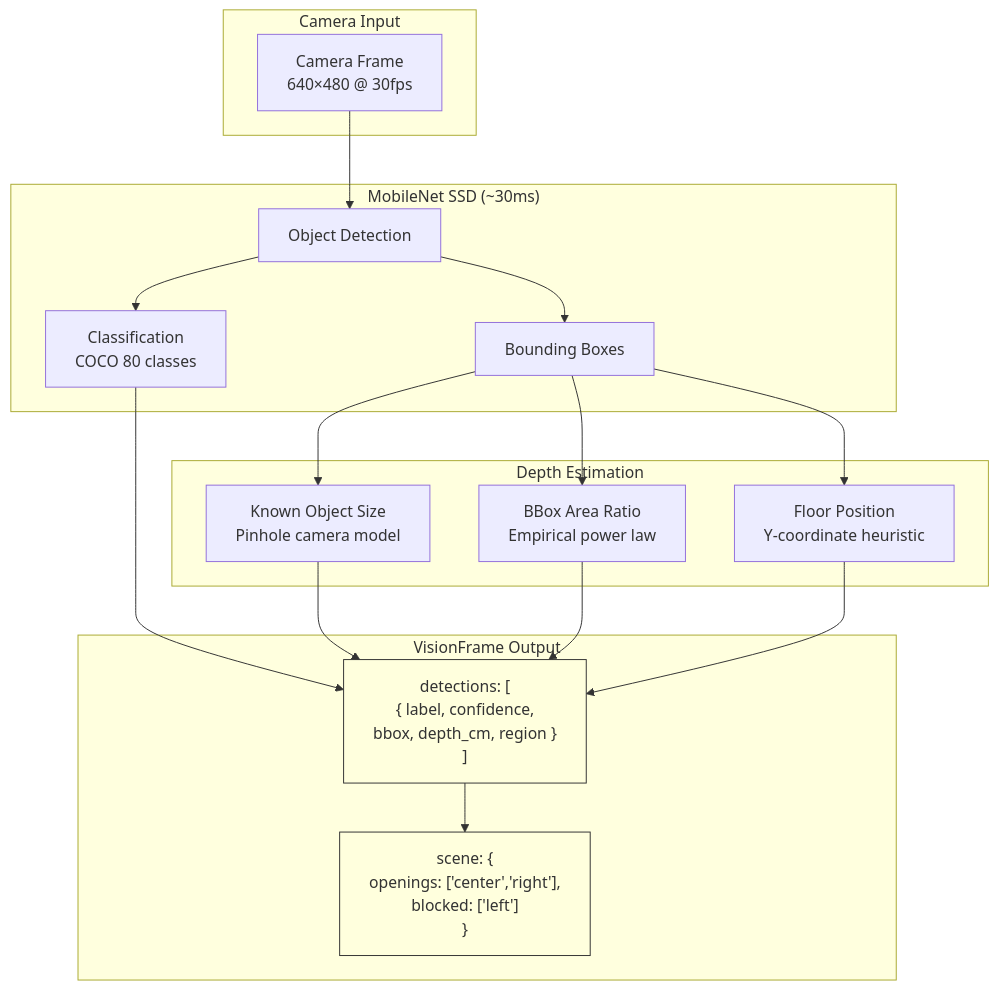
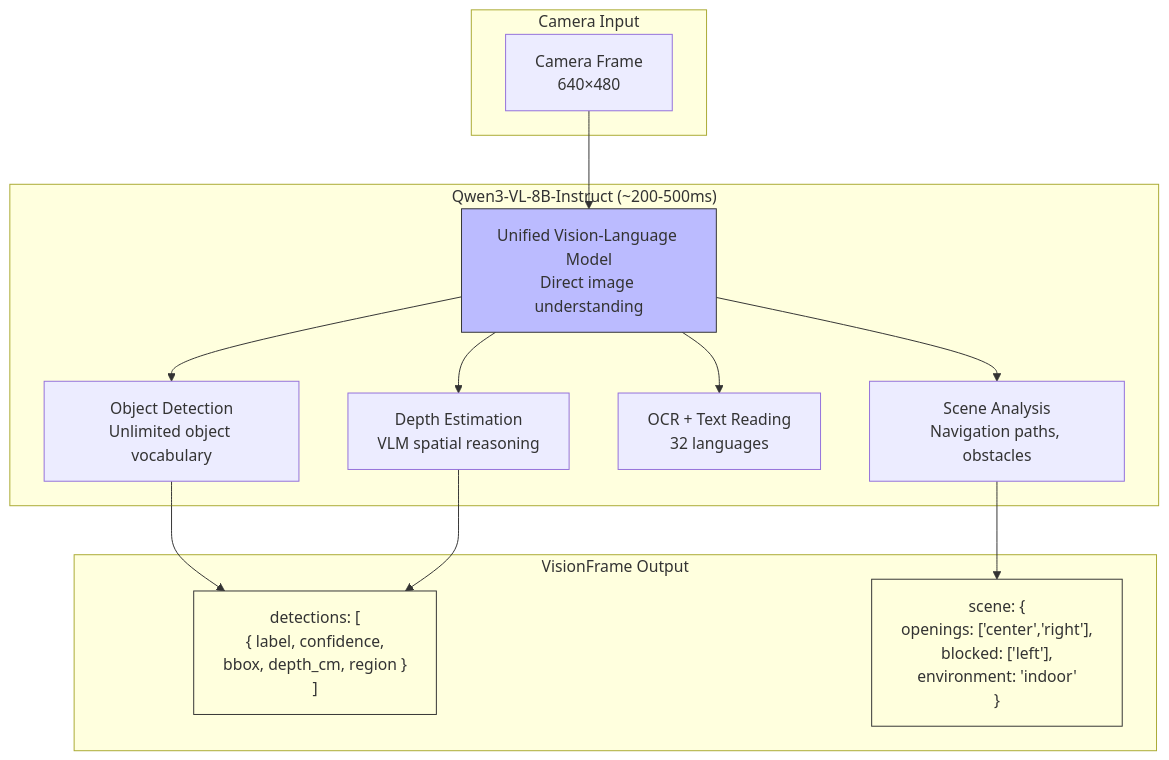
Before and after one commit to EvolvingAgentsLabs/llmos: diagram 32 of 33 in docs/architecture/ARCHITECTURE.md, drawn with Mermaid. The commit also changed other lines of this file and 6 other files, not shown here.

````diff
--- a/docs/architecture/ARCHITECTURE.md
+++ b/docs/architecture/ARCHITECTURE.md
@@ -1401,38 +1402,32 @@
 ```mermaid
 graph TB
     subgraph "Camera Input"
-        FRAME[Camera Frame<br/>640×480 @ 30fps]
+        FRAME[Camera Frame<br/>640×480]
     end
 
-    subgraph "MobileNet SSD (~30ms)"
-        DETECT[Object Detection]
-        CLASSIFY[Classification<br/>COCO 80 classes]
-        BBOX[Bounding Boxes]
-    end
-
-    subgraph "Depth Estimation"
-        KOS[Known Object Size<br/>Pinhole camera model]
-        BAR[BBox Area Ratio<br/>Empirical power law]
-        FP[Floor Position<br/>Y-coordinate heuristic]
+    subgraph "Qwen3-VL-8B-Instruct (~200-500ms)"
+        VLM[Unified Vision-Language Model<br/>Direct image understanding]
+        OD[Object Detection<br/>Unlimited object vocabulary]
+        DE[Depth Estimation<br/>VLM spatial reasoning]
+        OCR[OCR + Text Reading<br/>32 languages]
+        SA[Scene Analysis<br/>Navigation paths, obstacles]
     end
 
     subgraph "VisionFrame Output"
         DET["detections: [<br/>  { label, confidence,<br/>    bbox, depth_cm, region }<br/>]"]
-        SCN["scene: {<br/>  openings: ['center','right'],<br/>  blocked: ['left']<br/>}"]
+        SCN["scene: {<br/>  openings: ['center','right'],<br/>  blocked: ['left'],<br/>  environment: 'indoor'<br/>}"]
     end
 
-    FRAME --> DETECT
-    DETECT --> CLASSIFY
-    DETECT --> BBOX
-    BBOX --> KOS
-    BBOX --> BAR
-    BBOX --> FP
-    CLASSIFY --> DET
-    KOS --> DET
-    BAR --> DET
-    FP --> DET
-    DET --> SCN
+    FRAME --> VLM
+    VLM --> OD
+    VLM --> DE
+    VLM --> OCR
+    VLM --> SA
+    OD --> DET
+    DE --> DET
+    SA --> SCN
 
     style DET fill:#ffd,stroke:#333
     style SCN fill:#ffd,stroke:#333
+    style VLM fill:#bbf,stroke:#333
 ```
````
